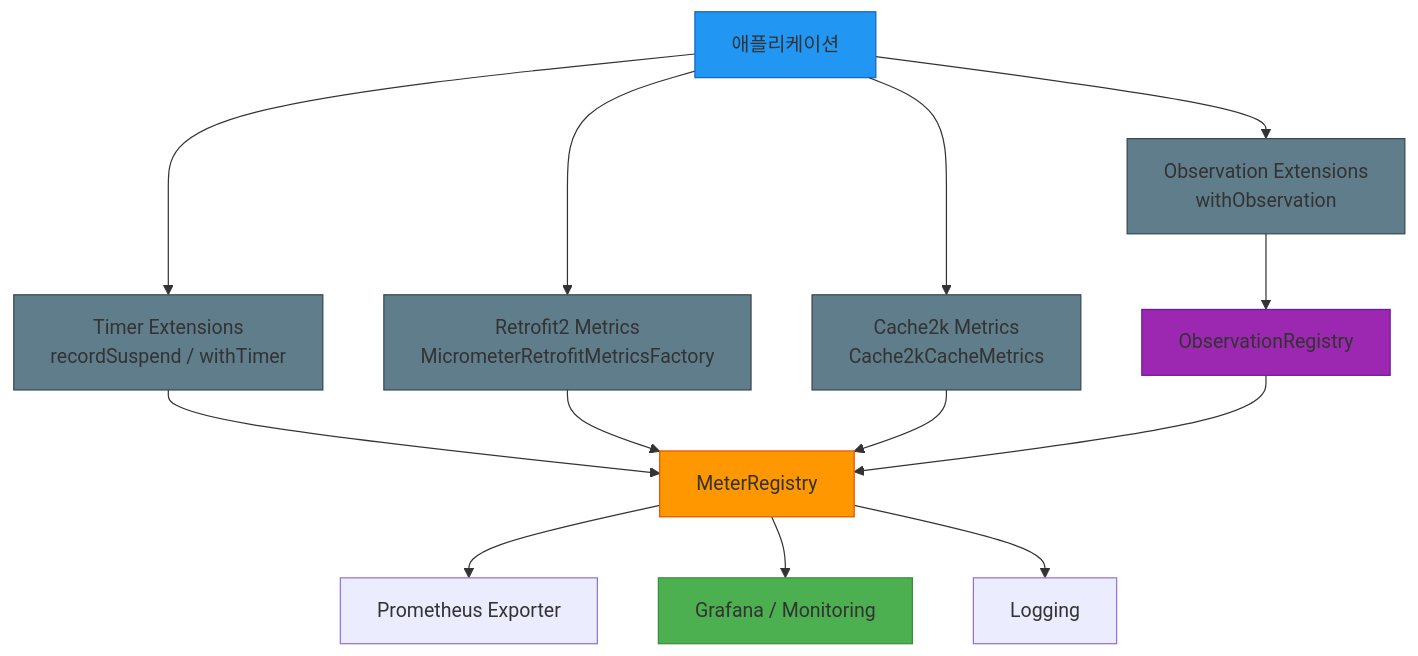
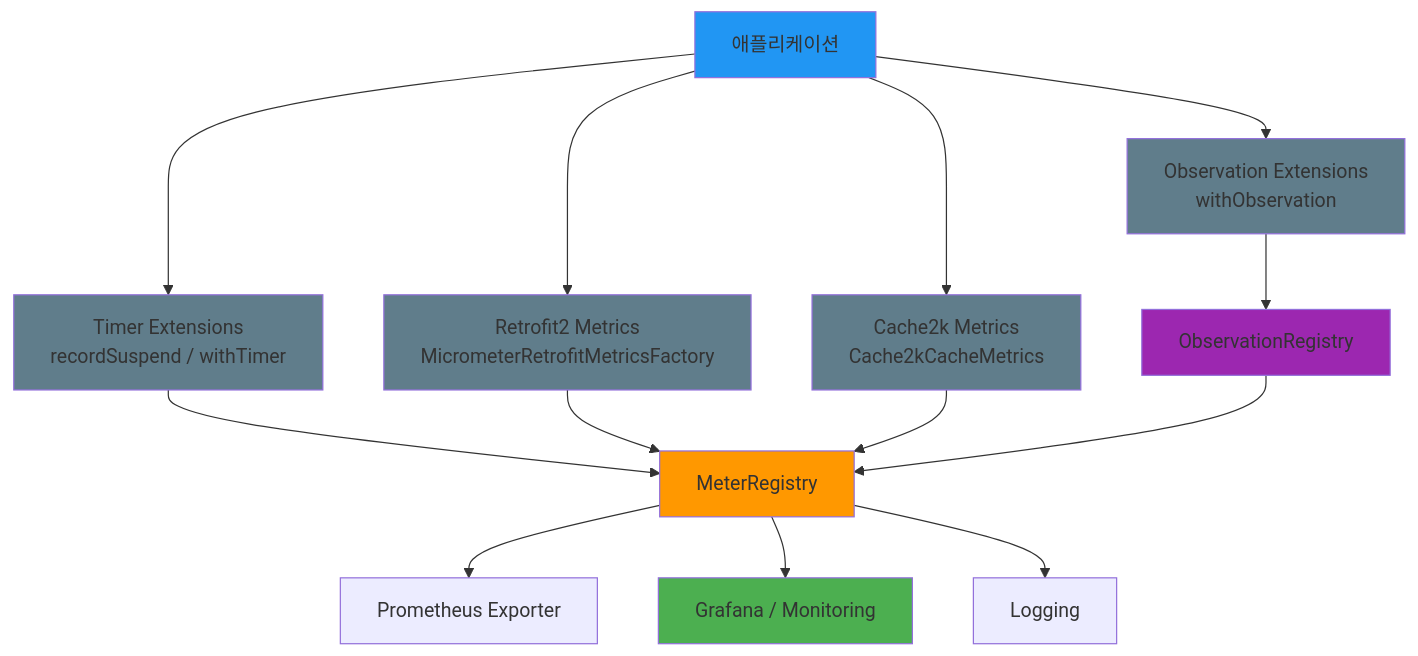
One commit to bluetape4k/bluetape4k-projects changed the second of 4 diagrams in infra/micrometer/README.md. Above: the diagram before and after it, drawn with Mermaid. The commit also changed other lines of this file and 94 other files, not shown here.

First line of the commit message:
docs: Mermaid classDef에서 stroke:#색상 제거 (파서 오류 수정)

````diff
--- a/infra/micrometer/README.md
+++ b/infra/micrometer/README.md
@@ -291,27 +291,27 @@
 ```mermaid
 flowchart TD
     App[애플리케이션] --> TE[Timer Extensions<br/>recordSuspend / withTimer]
     App --> OE[Observation Extensions<br/>withObservation]
     App --> RM[Retrofit2 Metrics<br/>MicrometerRetrofitMetricsFactory]
     App --> CM[Cache2k Metrics<br/>Cache2kCacheMetrics]
 
     TE --> MR[MeterRegistry]
     OE --> OR[ObservationRegistry]
     RM --> MR
     CM --> MR
 
     OR --> MR
 
     MR --> Prometheus[Prometheus Exporter]
     MR --> Grafana[Grafana / Monitoring]
     MR --> Log[Logging]
 
-    style App fill:#2196F3,stroke:#1565C0
-    style MR fill:#FF9800,stroke:#E65100
-    style OR fill:#9C27B0,stroke:#6A1B9A
-    style Grafana fill:#4CAF50,stroke:#388E3C
-    style TE fill:#607D8B,stroke:#37474F
-    style OE fill:#607D8B,stroke:#37474F
-    style RM fill:#607D8B,stroke:#37474F
-    style CM fill:#607D8B,stroke:#37474F
+    style App fill:#2196F3
+    style MR fill:#FF9800
+    style OR fill:#9C27B0
+    style Grafana fill:#4CAF50
+    style TE fill:#607D8B
+    style OE fill:#607D8B
+    style RM fill:#607D8B
+    style CM fill:#607D8B
 ```
````
